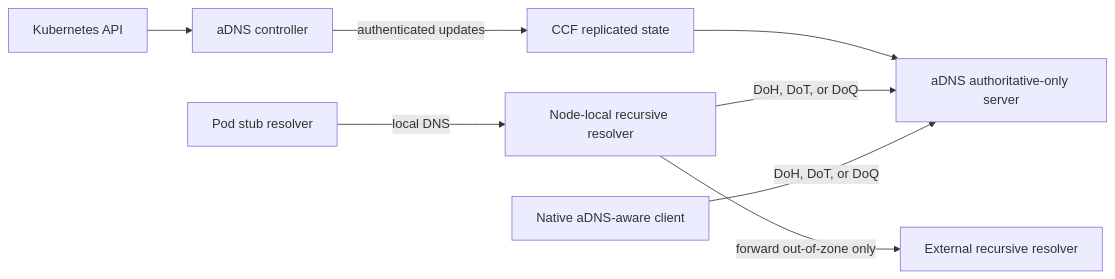
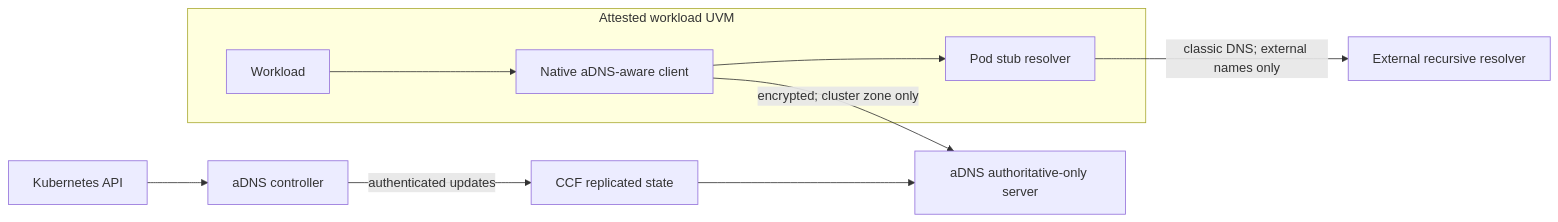
Before and after one commit to achamayou/ccfdns: the diagram in micro_aDNS.md, drawn with Mermaid. The commit also changed other lines of this file, not shown here.

Commit message:
Refocus micro aDNS on VN2 Confidential ACI

````diff
--- a/micro_aDNS.md
+++ b/micro_aDNS.md
@@ -116,10 +50,12 @@
 ```mermaid
 flowchart LR
     API[Kubernetes API] --> Controller[aDNS controller]
     Controller -->|authenticated updates| CCF[CCF replicated state]
     CCF --> ADNS[aDNS authoritative-only server]
-    Pod[Pod stub resolver] -->|local DNS| Local[Node-local recursive resolver]
-    Local -->|DoH, DoT, or DoQ| ADNS
-    Native[Native aDNS-aware client] -->|DoH, DoT, or DoQ| ADNS
-    Local -->|forward out-of-zone only| Upstream[External recursive resolver]
+    subgraph UVM[Attested workload UVM]
+      App[Workload] --> Router[Native aDNS-aware client]
+      Router --> Stub[Pod stub resolver]
+    end
+    Router -->|encrypted; cluster zone only| ADNS
+    Stub -->|classic DNS; external names only| External[External recursive resolver]
 ```
````
